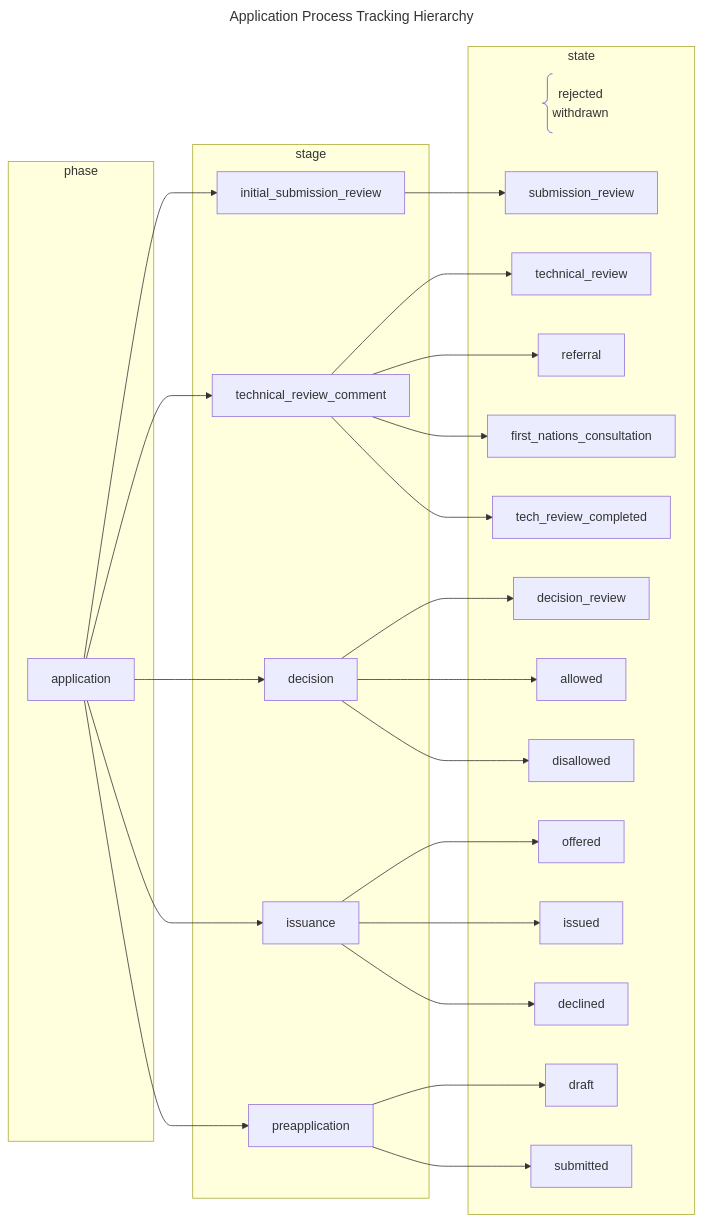
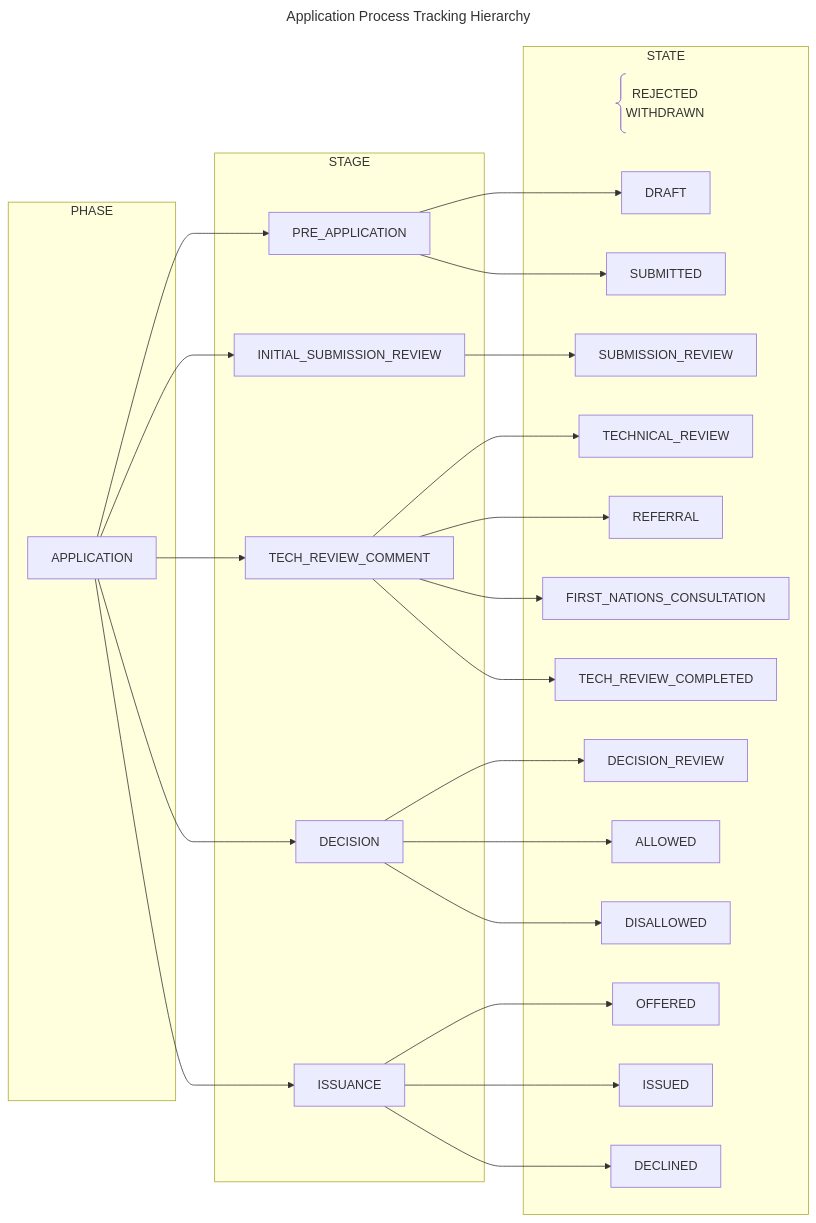
One commit to bcgov/nr-pies changed the first of 3 diagrams in docs/spec/code_system/application_process.md. Above: the diagram before and after it, drawn with Mermaid. The commit also changed other lines of this file and 6 other files, not shown here.

````diff
--- a/docs/spec/code_system/application_process.md
+++ b/docs/spec/code_system/application_process.md
@@ -26,62 +26,62 @@
 ```mermaid
 ---
 title: Application Process Tracking Hierarchy
 ---
 
 flowchart LR
-  anytime@{ shape: comment, label: "rejected
-  withdrawn" }
+  ANYTIME@{ shape: comment, label: "REJECTED
+  WITHDRAWN" }
 
-  application --> preapplication
-  application --> initial_submission_review
-  application --> technical_review_comment
-  application --> decision
-  application --> issuance
+  PRE_APPLICATION --> DRAFT
+  PRE_APPLICATION --> SUBMITTED
 
-  initial_submission_review  --> submission_review
+  APPLICATION --> PRE_APPLICATION
+  APPLICATION --> INITIAL_SUBMISSION_REVIEW
+  APPLICATION --> TECH_REVIEW_COMMENT
+  APPLICATION --> DECISION
+  APPLICATION --> ISSUANCE
 
-  technical_review_comment --> technical_review
-  technical_review_comment --> referral
-  technical_review_comment --> first_nations_consultation
-  technical_review_comment --> tech_review_completed
+  INITIAL_SUBMISSION_REVIEW  --> SUBMISSION_REVIEW
 
-  decision --> decision_review
-  decision --> allowed
-  decision --> disallowed
+  TECH_REVIEW_COMMENT --> TECHNICAL_REVIEW
+  TECH_REVIEW_COMMENT --> REFERRAL
+  TECH_REVIEW_COMMENT --> FIRST_NATIONS_CONSULTATION
+  TECH_REVIEW_COMMENT --> TECH_REVIEW_COMPLETED
 
-  issuance --> offered
-  issuance --> issued
-  issuance --> declined
+  DECISION --> DECISION_REVIEW
+  DECISION --> ALLOWED
+  DECISION --> DISALLOWED
 
-  preapplication --> draft
-  preapplication --> submitted
+  ISSUANCE --> OFFERED
+  ISSUANCE --> ISSUED
+  ISSUANCE --> DECLINED
 
-  subgraph phase
-   application
+  subgraph PHASE
+   APPLICATION
   end
 
-  subgraph stage
-    preapplication
-    initial_submission_review
-    technical_review_comment
-    decision
-    issuance
+  subgraph STAGE
+    PRE_APPLICATION
+    INITIAL_SUBMISSION_REVIEW
+    TECH_REVIEW_COMMENT
+    DECISION
+    ISSUANCE
   end
 
-  subgraph state
-    draft
-    submitted
-    submission_review
-    technical_review
-    referral
-    first_nations_consultation
-    tech_review_completed
-    decision_review
-    allowed
-    disallowed
-    offered
-    issued
-    declined
-    anytime
+  subgraph STATE
+    DRAFT
+    SUBMITTED
+    SUBMISSION_REVIEW
+    TECHNICAL_REVIEW
+    REFERRAL
+    FIRST_NATIONS_CONSULTATION
+    TECH_REVIEW_COMPLETED
+    DECISION_REVIEW
+    ALLOWED
+    DISALLOWED
+    OFFERED
+    ISSUED
+    DECLINED
+    ANYTIME
   end
 ```
````
